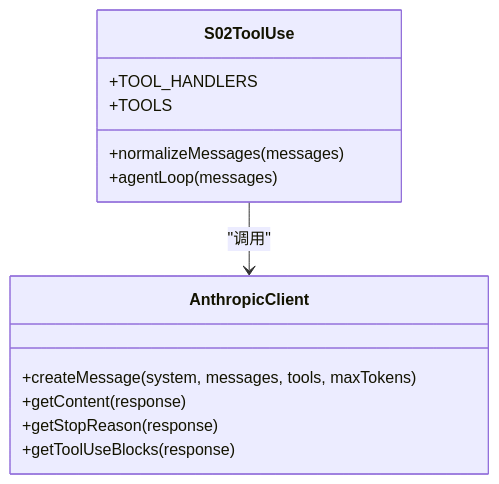
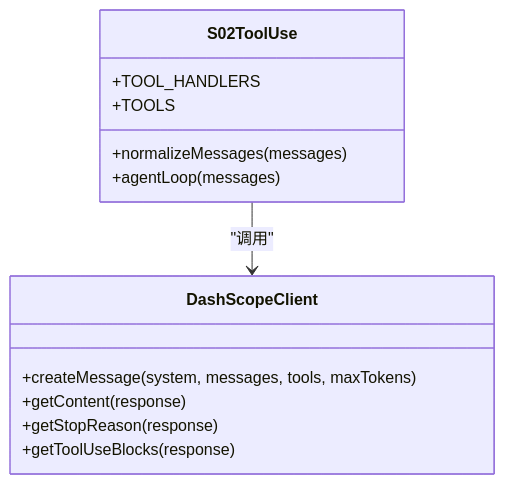
The fourth of 7 diagrams in .qoder/repowiki/zh/content/代理模块系列/基础代理模块.md (zhaojunyi0016/learn-harness), drawn with Mermaid before and after one commit. The commit also changed other lines of this file and 5 other files, not shown here.

````diff
--- a/.qoder/repowiki/zh/content/代理模块系列/基础代理模块.md
+++ b/.qoder/repowiki/zh/content/代理模块系列/基础代理模块.md
@@ -181,16 +191,16 @@
 ```mermaid
 classDiagram
 class S02ToolUse {
 +TOOL_HANDLERS
 +TOOLS
 +normalizeMessages(messages)
 +agentLoop(messages)
 }
-class AnthropicClient {
+class DashScopeClient {
 +createMessage(system, messages, tools, maxTokens)
 +getContent(response)
 +getStopReason(response)
 +getToolUseBlocks(response)
 }
-S02ToolUse --> AnthropicClient : "调用"
+S02ToolUse --> DashScopeClient : "调用"
 ```
````
